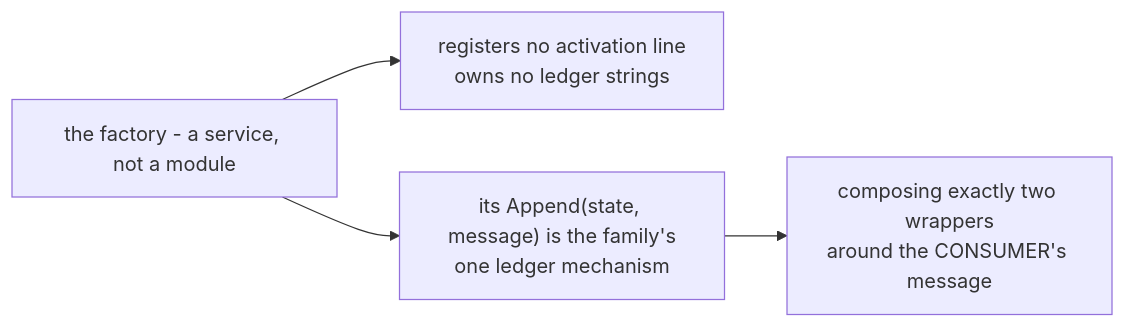
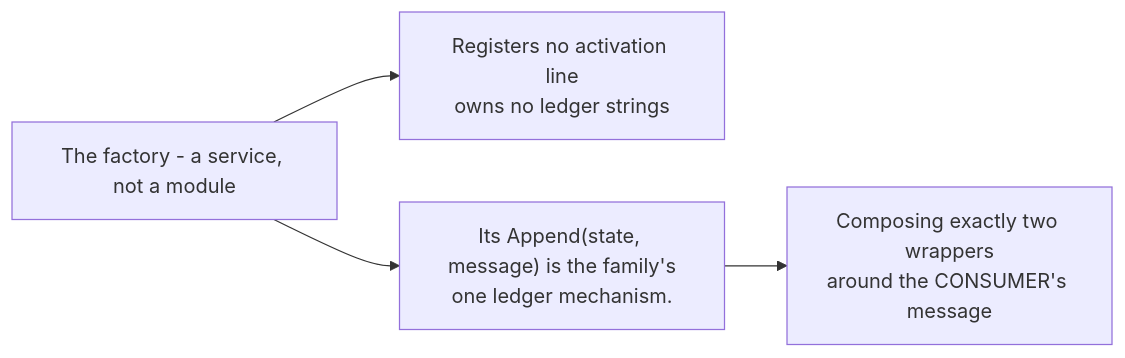
The diagram in Source/Content/Mermaid/factory-ledger-service.mmd (PlayForm/Site-DeepSeek), drawn with Mermaid before and after one commit. The commit also changed 341 other files, not shown here.

```diff
--- a/Source/Content/Mermaid/factory-ledger-service.mmd
+++ b/Source/Content/Mermaid/factory-ledger-service.mmd
@@ -1,7 +1,7 @@
 flowchart LR
-	FACTORY["the factory - a service, not a module"]
-	NO["registers no activation line<br/>owns no ledger strings"]
-	APPEND["its Append(state, message) is the family's<br/>one ledger mechanism"]
-	TWO["composing exactly two wrappers<br/>around the CONSUMER's message"]
+	FACTORY["The factory - a service, not a module"]
+	NO["Registers no activation line<br/>owns no ledger strings"]
+	APPEND["Its Append(state, message) is the family's<br/>one ledger mechanism."]
+	TWO["Composing exactly two wrappers<br/>around the CONSUMER's message"]
 	FACTORY --> NO
 	FACTORY --> APPEND --> TWO
```
